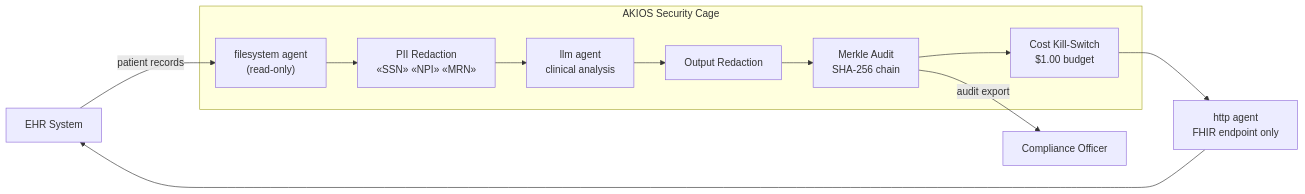
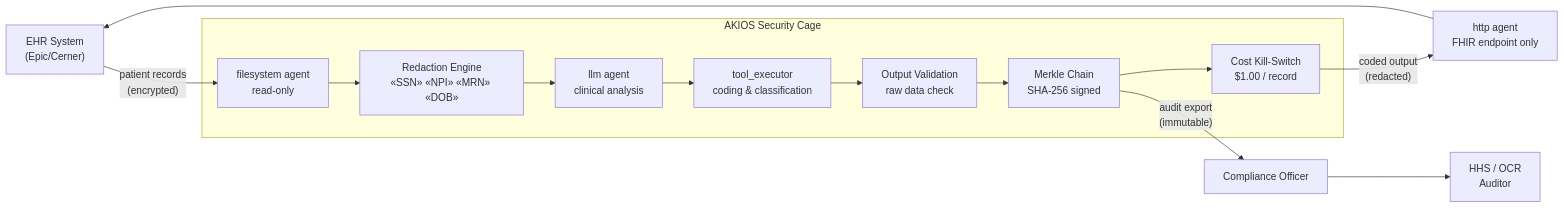
Before and after one commit to akios-ai/website: the diagram in site/case-studies/healthcare-hipaa-security-cage.mdx, drawn with Mermaid. The commit also changed other lines of this file and 125 other files, not shown here.

Commit message:
Enrich all blog posts EN+FR — tables, mermaid diagrams, policy YAML, regulatory frameworks, Try It Yourself sections, related footer links

````diff
--- a/site/case-studies/healthcare-hipaa-security-cage.mdx
+++ b/site/case-studies/healthcare-hipaa-security-cage.mdx
@@ -42,16 +98,18 @@
 ```mermaid
 graph LR
-    EHR["EHR System"] -->|patient records| FS["filesystem agent\n(read-only)"]
+    EHR["EHR System\n(Epic/Cerner)"] -->|"patient records\n(encrypted)"| FS["filesystem agent\nread-only"]
 
     subgraph CAGE["AKIOS Security Cage"]
-        FS --> PII["PII Redaction\n«SSN» «NPI» «MRN»"]
+        FS --> PII["Redaction Engine\n«SSN» «NPI» «MRN» «DOB»"]
         PII --> LLM["llm agent\nclinical analysis"]
-        LLM --> SCAN["Output Redaction"]
-        SCAN --> MERKLE["Merkle Audit\nSHA-256 chain"]
-        MERKLE --> COST["Cost Kill-Switch\n$1.00 budget"]
+        LLM --> TE["tool_executor\ncoding & classification"]
+        TE --> VALID["Output Validation\nraw data check"]
+        VALID --> MERKLE["Merkle Chain\nSHA-256 signed"]
+        MERKLE --> COST["Cost Kill-Switch\n$1.00 / record"]
     end
 
-    COST --> HTTP["http agent\nFHIR endpoint only"]
+    COST -->|"coded output\n(redacted)"| HTTP["http agent\nFHIR endpoint only"]
     HTTP --> EHR
-    MERKLE -->|audit export| CISO["Compliance Officer"]
+    MERKLE -->|"audit export\n(immutable)"| CISO["Compliance Officer"]
+    CISO --> HHS["HHS / OCR\nAuditor"]
 ```
````
